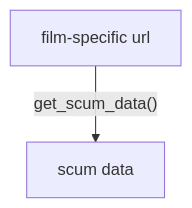
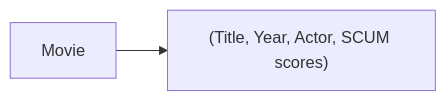
The second of 3 diagrams in index.qmd (mikedecr/post_memo_scum), drawn with Mermaid before and after one commit. The commit also changed other lines of this file, not shown here.

````diff
--- a/index.qmd
+++ b/index.qmd
@@ -119,5 +86,5 @@
 ```{mermaid}
 %%| echo: false
-flowchart TB
-  A[film-specific url] --> |"get_scum_data()"| J[scum data]
+flowchart LR
+A[Movie] --> B["(Title, Year, Actor, SCUM scores)"]
 ```
````
